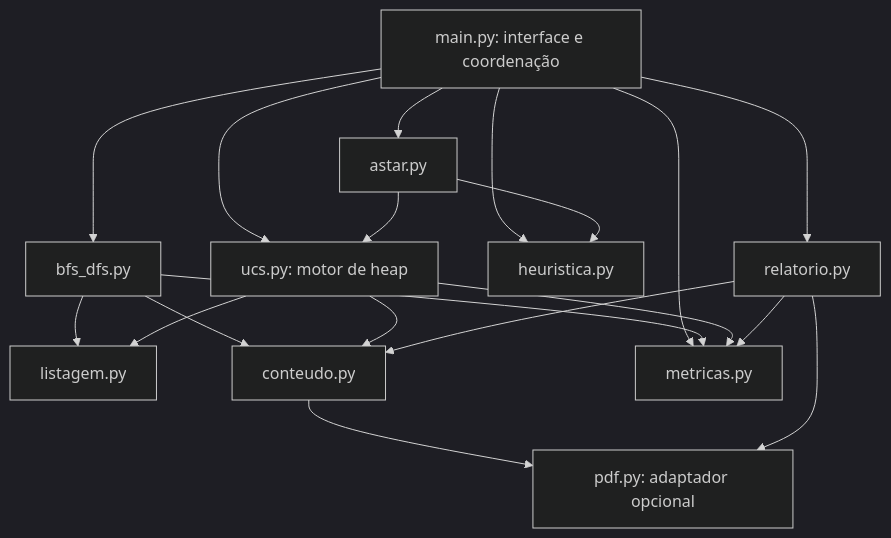
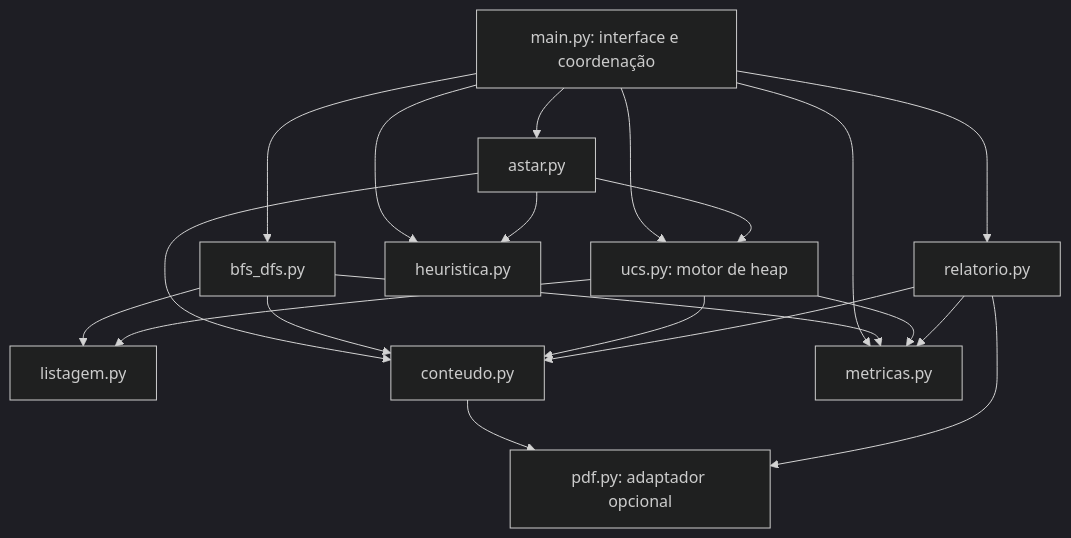
The first of 2 diagrams in docs/ARQUITETURA.md (samuelcotinguiba/File-Hunter-Agent), drawn with Mermaid (dark theme) before and after one commit. The commit also changed other lines of this file and 9 other files, not shown here.

````diff
--- a/docs/ARQUITETURA.md
+++ b/docs/ARQUITETURA.md
@@ -70,31 +70,32 @@
 ```mermaid
 flowchart TB
     CLI["main.py: interface e coordenação"]
     BFS["bfs_dfs.py"]
     AST["astar.py"]
     UCS["ucs.py: motor de heap"]
     HEU["heuristica.py"]
     LIS["listagem.py"]
     CON["conteudo.py"]
     PDF["pdf.py: adaptador opcional"]
     MET["metricas.py"]
     REL["relatorio.py"]
     CLI --> BFS
     CLI --> AST
     CLI --> UCS
     CLI --> HEU
     CLI --> MET
     CLI --> REL
     AST --> HEU
     AST --> UCS
+    AST --> CON
     BFS --> LIS
     BFS --> CON
     BFS --> MET
     UCS --> LIS
     UCS --> CON
     UCS --> MET
     CON --> PDF
     REL --> MET
     REL --> CON
     REL --> PDF
 ```
````
